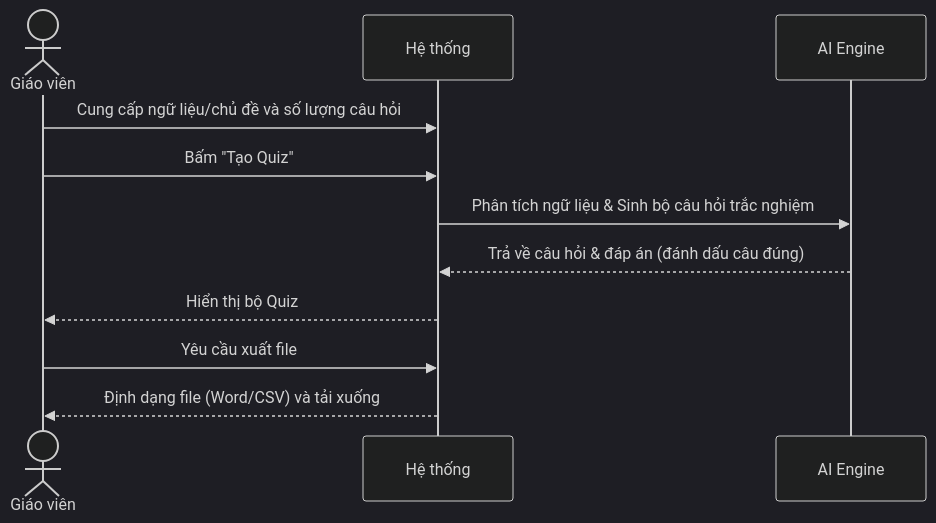
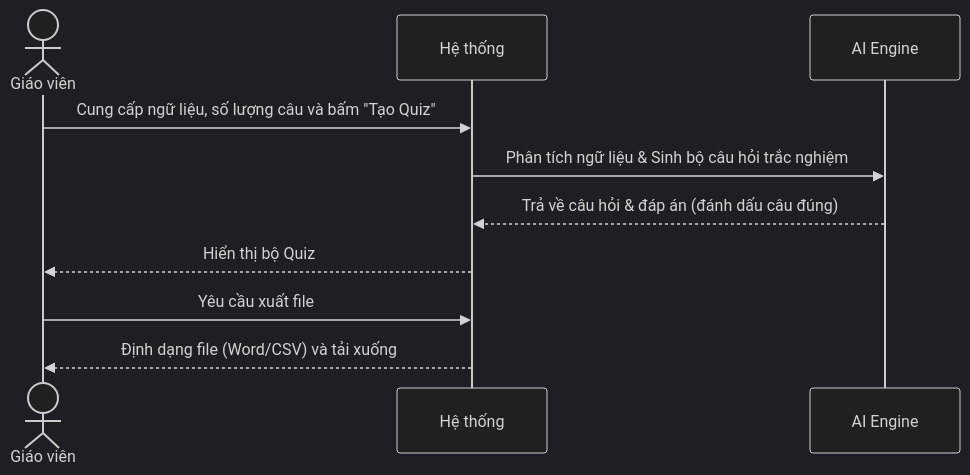
Before and after one commit to Cong-ty-TNNH-Q-Tech/Q-School: the fifth of 6 diagrams in docs/usecase/nhom_1_soan_giang.md, drawn with Mermaid (dark theme). The commit also changed other lines of this file and 4 other files, not shown here.

Commit message:
docs(usecase): standardize all tables and sequence diagrams, fix temporal logic and AI roles

````diff
--- a/docs/usecase/nhom_1_soan_giang.md
+++ b/docs/usecase/nhom_1_soan_giang.md
@@ -89,14 +145,13 @@
 ```mermaid
 sequenceDiagram
     actor GV as Giáo viên
     participant HT as Hệ thống
     participant AI as AI Engine
 
-    GV->>HT: Cung cấp ngữ liệu/chủ đề và số lượng câu hỏi
-    GV->>HT: Bấm "Tạo Quiz"
+    GV->>HT: Cung cấp ngữ liệu, số lượng câu và bấm "Tạo Quiz"
     HT->>AI: Phân tích ngữ liệu & Sinh bộ câu hỏi trắc nghiệm
     AI-->>HT: Trả về câu hỏi & đáp án (đánh dấu câu đúng)
     HT-->>GV: Hiển thị bộ Quiz
     GV->>HT: Yêu cầu xuất file
     HT-->>GV: Định dạng file (Word/CSV) và tải xuống
 ```
````
